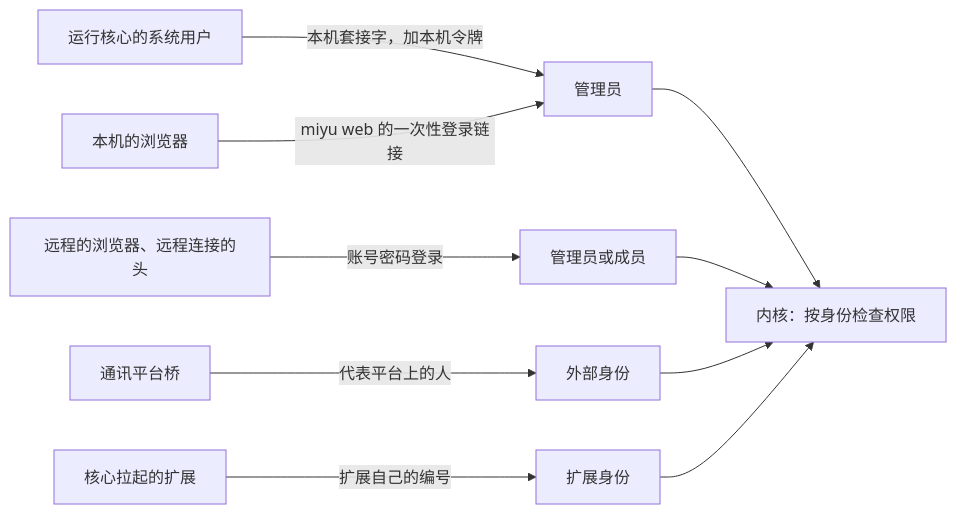
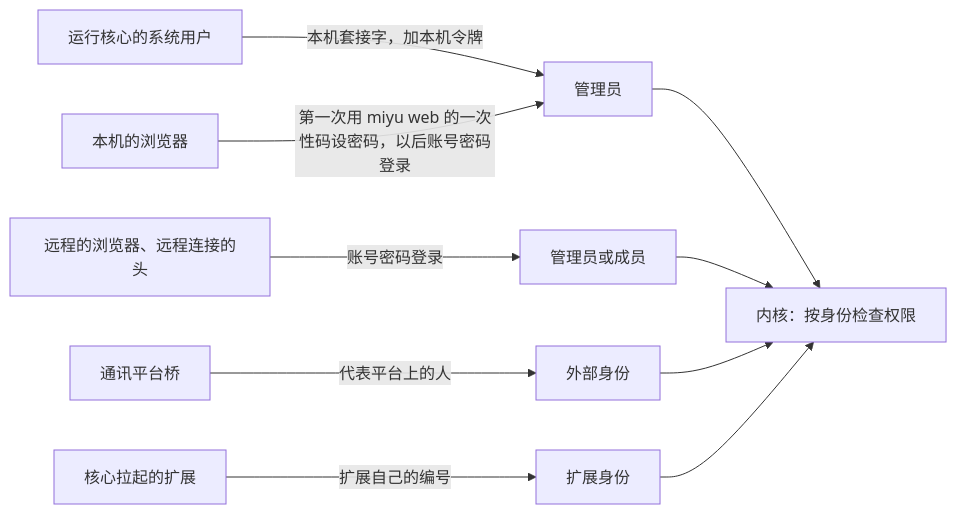
Before and after one commit to SHORiN-KiWATA/miyu-agent-remake: the first of 4 diagrams in docs/designs/06-多用户与身份.md, drawn with Mermaid. The commit also changed other lines of this file and 32 other files, not shown here.

````diff
--- a/docs/designs/06-多用户与身份.md
+++ b/docs/designs/06-多用户与身份.md
@@ -28,12 +28,12 @@
 ```mermaid
 flowchart LR
     os["运行核心的系统用户"] -- "本机套接字，加本机令牌" --> admin["管理员"]
-    webl["本机的浏览器"] -- "miyu web 的一次性登录链接" --> admin
+    webl["本机的浏览器"] -- "第一次用 miyu web 的一次性码设密码，以后账号密码登录" --> admin
     remote["远程的浏览器、远程连接的头"] -- "账号密码登录" --> acct["管理员或成员"]
     bridge["通讯平台桥"] -- "代表平台上的人" --> ext["外部身份"]
     spawn["核心拉起的扩展"] -- "扩展自己的编号" --> exid["扩展身份"]
     admin --> k["内核：按身份检查权限"]
     acct --> k
     ext --> k
     exid --> k
 ```
````
